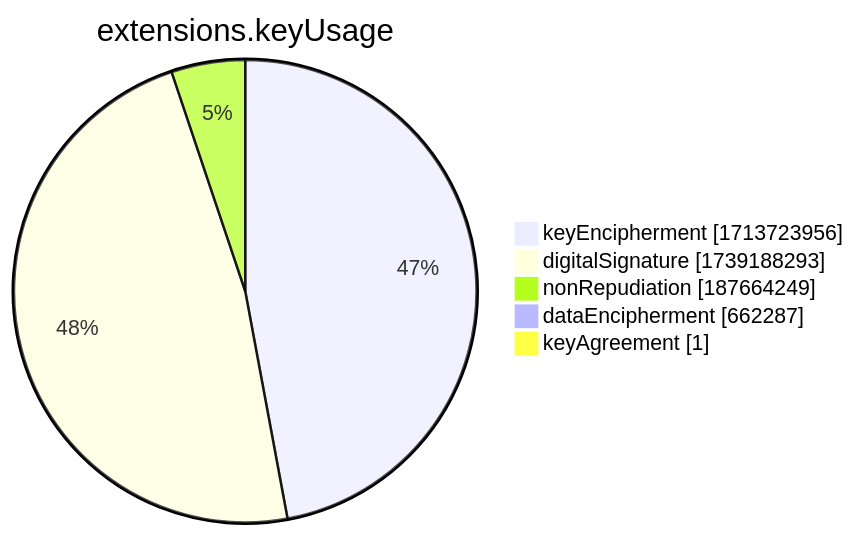
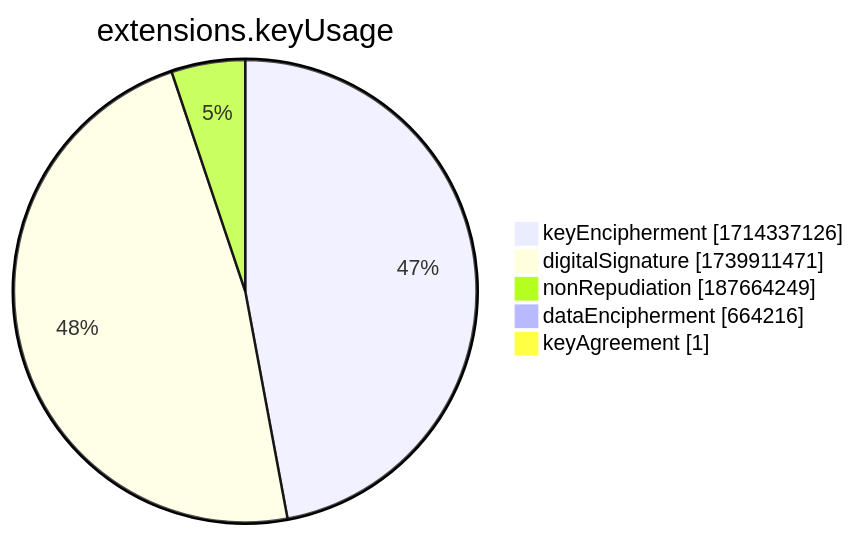
The seventh of 15 diagrams in xenon2022/README.md (christiankrug/ctmonitor_visualization), drawn with Mermaid before and after one commit. The commit also changed other lines of this file, not shown here.

````diff
--- a/xenon2022/README.md
+++ b/xenon2022/README.md
@@ -2858,9 +2858,9 @@
 ```mermaid
 pie showData
 title extensions.keyUsage
-"keyEncipherment" :1713723956
-"digitalSignature" :1739188293
+"keyEncipherment" :1714337126
+"digitalSignature" :1739911471
 "nonRepudiation" :187664249
-"dataEncipherment" :662287
+"dataEncipherment" :664216
 "keyAgreement" :1
 ```
````
